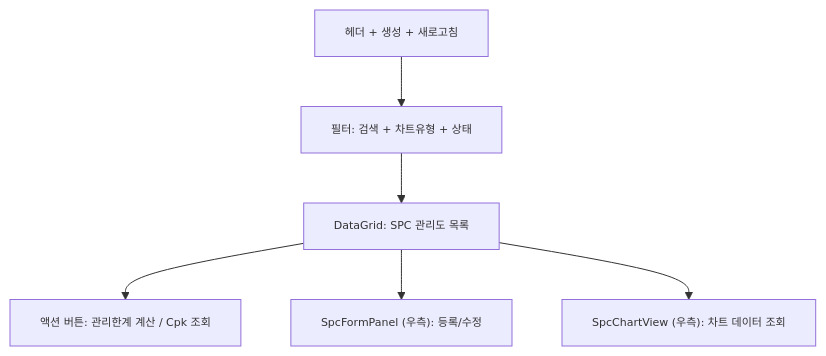
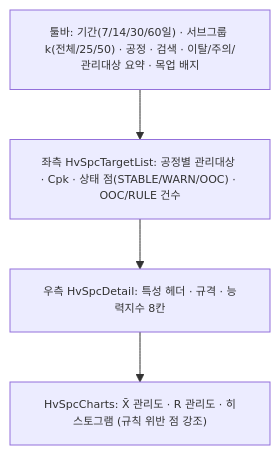
The diagram in docs/business-logics/QC_SPC.md (YouHyuksoo/HANES), drawn with Mermaid before and after one commit. The commit also changed other lines of this file and 39 other files, not shown here.

First line of the commit message:
feat(quality): SPC 화면을 고전압 하네스 SPC 관리도 보드로 교체 (WebDisplay /hanes/spc 이식)

````diff
--- a/docs/business-logics/QC_SPC.md
+++ b/docs/business-logics/QC_SPC.md
@@ -21,9 +25,7 @@
 ```mermaid
 %%{init: {'themeVariables': {'fontSize': '11px'}}}%%
 flowchart TD
-    H["헤더 + 생성 + 새로고침"] --> F["필터: 검색 + 차트유형 + 상태"]
-    F --> G["DataGrid: SPC 관리도 목록"]
-    G --> A["액션 버튼: 관리한계 계산 / Cpk 조회"]
-    G --> P["SpcFormPanel (우측): 등록/수정"]
-    G --> V["SpcChartView (우측): 차트 데이터 조회"]
+    T["툴바: 기간(7/14/30/60일) · 서브그룹 k(전체/25/50) · 공정 · 검색 · 이탈/주의/관리대상 요약 · 목업 배지"] --> L["좌측 HvSpcTargetList: 공정별 관리대상 · Cpk · 상태 점(STABLE/WARN/OOC) · OOC/RULE 건수"]
+    L --> D["우측 HvSpcDetail: 특성 헤더 · 규격 · 능력지수 8칸"]
+    D --> C["HvSpcCharts: X̄ 관리도 · R 관리도 · 히스토그램 (규칙 위반 점 강조)"]
 ```
````
